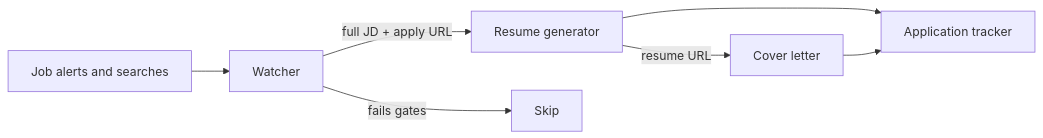
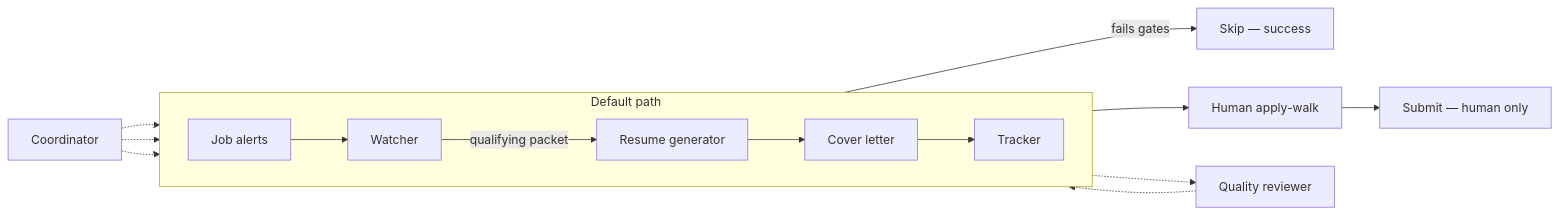
One commit to peytdere/agentic-job-search changed the first of 3 diagrams in README.md. Above: the diagram before and after it, drawn with Mermaid. The commit also changed other lines of this file, not shown here.

Commit message:
Expand case study: agents, human limits, schedule, estimated time comparison, and meta-resume strategy.

````diff
--- a/README.md
+++ b/README.md
@@ -31,16 +39,23 @@
 ```mermaid
 flowchart LR
-  alerts[Job alerts and searches]
-  watcher[Watcher]
-  gen[Resume generator]
-  letter[Cover letter]
-  tracker[Application tracker]
-  skip[Skip]
+  coord[Coordinator]
 
-  alerts --> watcher
-  watcher -->|fails gates| skip
-  watcher -->|full JD + apply URL| gen
-  gen -->|resume URL| letter
-  gen --> tracker
-  letter --> tracker
+  subgraph defaultPath [Default path]
+    direction LR
+    alerts[Job alerts] --> watcher[Watcher]
+    watcher -->|qualifying packet| gen[Resume generator]
+    gen --> letter[Cover letter]
+    letter --> tracker[Tracker]
+  end
+
+  coord -.-> watcher
+  coord -.-> gen
+  coord -.-> letter
+
+  watcher -->|fails gates| skip[Skip — success]
+  tracker --> walk[Human apply-walk]
+  walk --> submit[Submit — human only]
+
+  letter -.-> qr[Quality reviewer]
+  qr -.-> tracker
 ```
````
